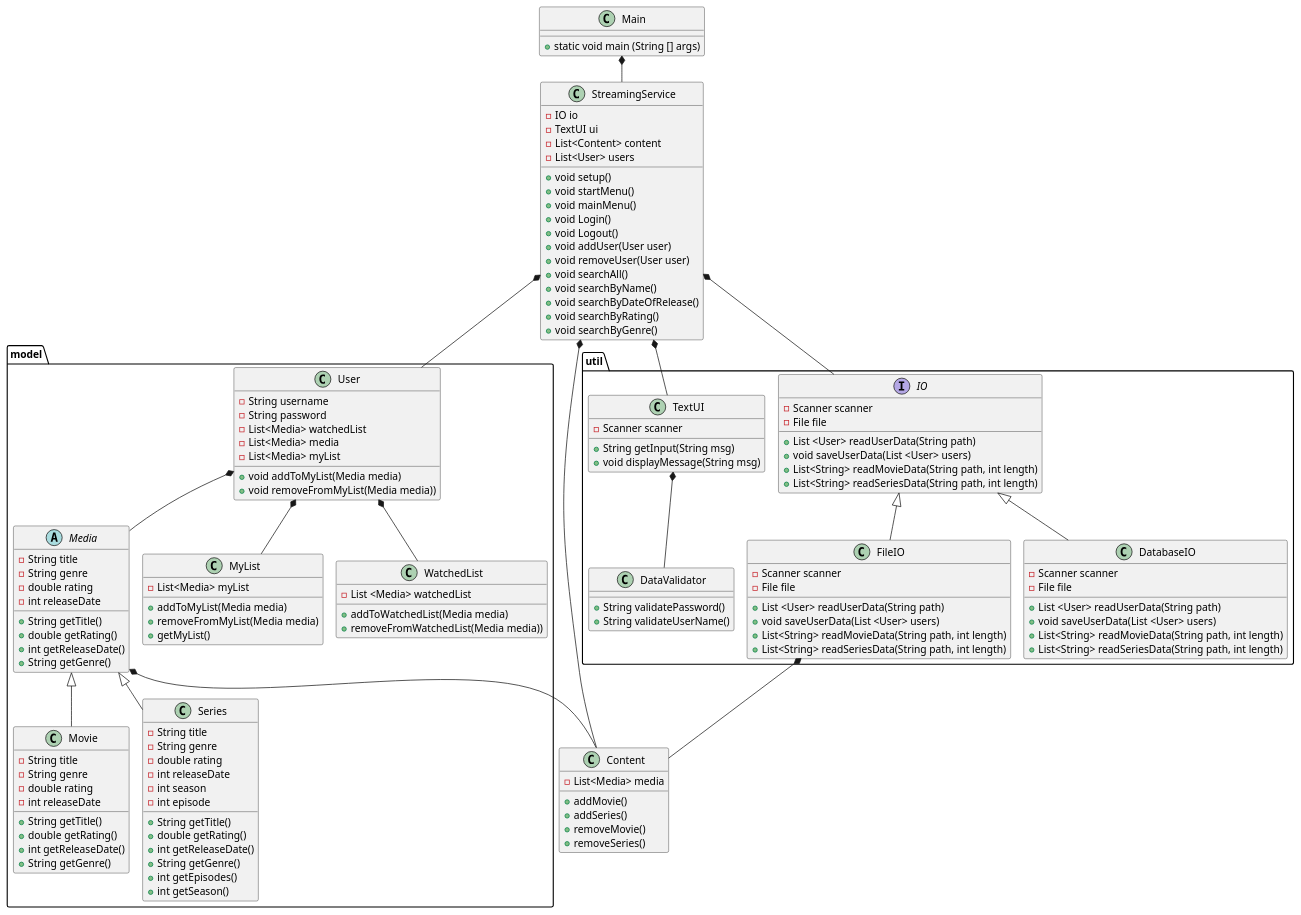
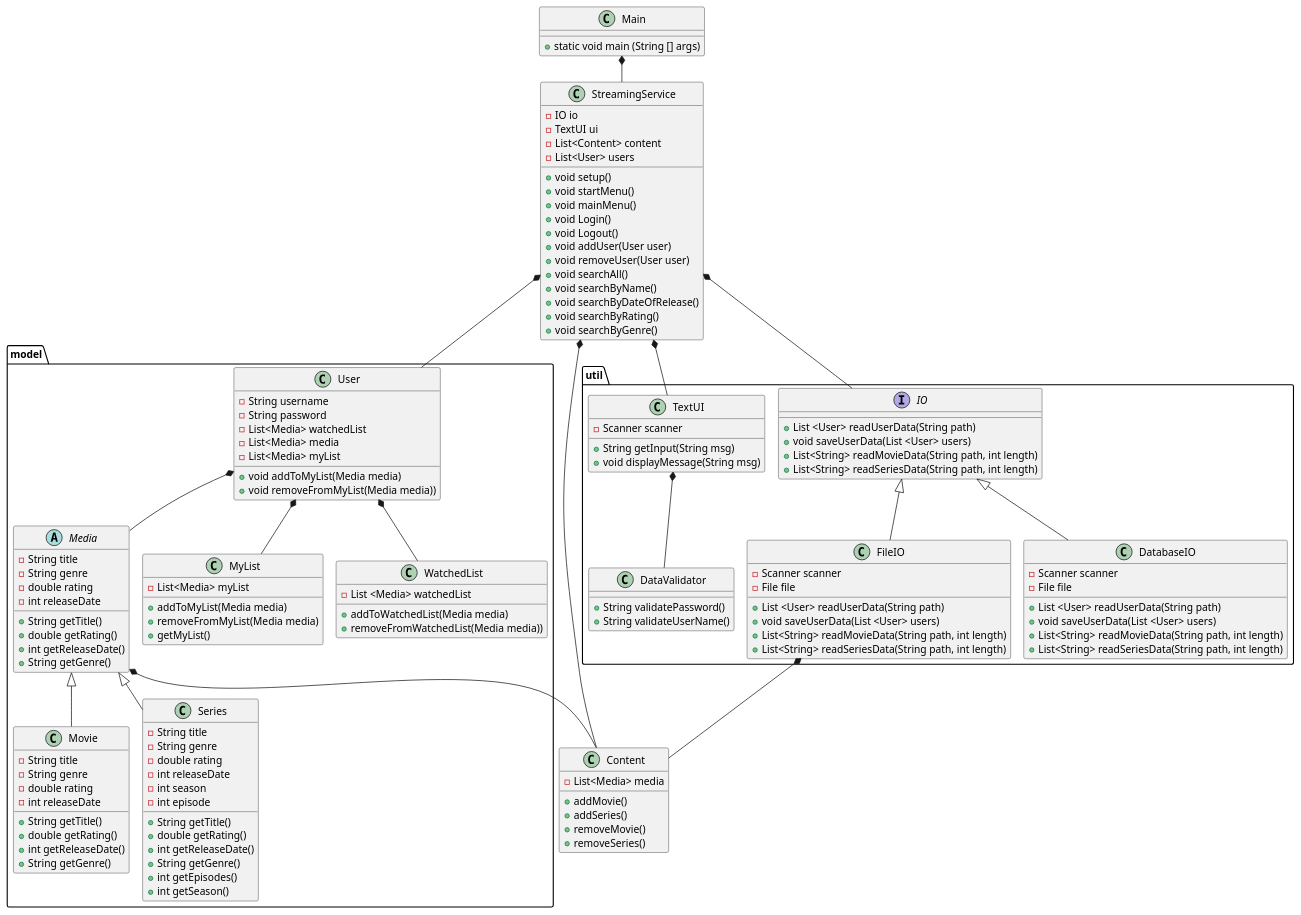
The diagram in Doc/Class.puml (BekhanM/SP3plusReal), drawn with PlantUML before and after one commit.

Commit message:
StreamingService class

```diff
--- a/Doc/Class.puml
+++ b/Doc/Class.puml
@@ -1,167 +1,165 @@
 @startuml
 !pragma layout smetana
 'https://plantuml.com/class-diagram
 
 'Pakker, model og util
 'Domænemodel giver nye entity klasser
 
 package "util"
 {
 
 Interface IO{
-- Scanner scanner
-- File file
 + List <User> readUserData(String path)
 + void saveUserData(List <User> users)
 + List<String> readMovieData(String path, int length)
 + List<String> readSeriesData(String path, int length)
 }
 
 Class FileIO{
 - Scanner scanner
 - File file
 + List <User> readUserData(String path)
 + void saveUserData(List <User> users)
 + List<String> readMovieData(String path, int length)
 + List<String> readSeriesData(String path, int length)
 }
 
 Class DatabaseIO{
 - Scanner scanner
 - File file
 + List <User> readUserData(String path)
 + void saveUserData(List <User> users)
 + List<String> readMovieData(String path, int length)
 + List<String> readSeriesData(String path, int length)
 }
 
 
 Class TextUI{
 - Scanner scanner
 + String getInput(String msg)
 + void displayMessage(String msg)
 }
 
 Class DataValidator{
 + String validatePassword()
 + String validateUserName()
 }
 
 }
 
 package "model"
 {
 Abstract Class Media{
 - String title
 - String genre
 - double rating
 - int releaseDate
 + String getTitle()
 + double getRating()
 + int getReleaseDate()
 + String getGenre()
 }
 
 Class Movie{
 - String title
 - String genre
 - double rating
 - int releaseDate
 + String getTitle()
 + double getRating()
 + int getReleaseDate()
 + String getGenre()
 }
 
 Class Series{
 - String title
 - String genre
 - double rating
 - int releaseDate
 - int season
 - int episode
 + String getTitle()
 + double getRating()
 + int getReleaseDate()
 + String getGenre()
 + int getEpisodes()
 + int getSeason()
 }
 
 Class User{
 - String username
 - String password
 - List<Media> watchedList
 - List<Media> media
 - List<Media> myList
 + void addToMyList(Media media)
 + void removeFromMyList(Media media))
 }
 
 
 Class MyList{
 - List<Media> myList
 + addToMyList(Media media)
 + removeFromMyList(Media media)
 + getMyList()
 }
 
 Class WatchedList{
 - List <Media> watchedList
 + addToWatchedList(Media media)
 + removeFromWatchedList(Media media))
 
 }
 
 }
 
 Class StreamingService{
 - IO io
 - TextUI ui
 - List<Content> content
 - List<User> users
 + void setup()
 + void startMenu()
 + void mainMenu()
 + void Login()
 + void Logout()
 + void addUser(User user)
 + void removeUser(User user)
 + void searchAll()
 + void searchByName()
 + void searchByDateOfRelease()
 + void searchByRating()
 + void searchByGenre()
 }
 
 Class Content{
 
 - List<Media> media
 
 + addMovie()
 + addSeries()
 + removeMovie()
 + removeSeries()
 }
 
 Class Main
 Main : + static void main (String [] args)
 
 Main *-- StreamingService
 StreamingService *-- IO
 StreamingService *-- User
 StreamingService *-- TextUI
 
 StreamingService *-- Content
 User *-- Media
 TextUI *-- DataValidator
 FileIO *-- Content
 User *-- MyList
 User *-- WatchedList
 Media *-- Content
 Media <|-- Movie
 Media <|-- Series
 IO <|-- FileIO
 IO <|-- DatabaseIO
 
 @enduml
```
